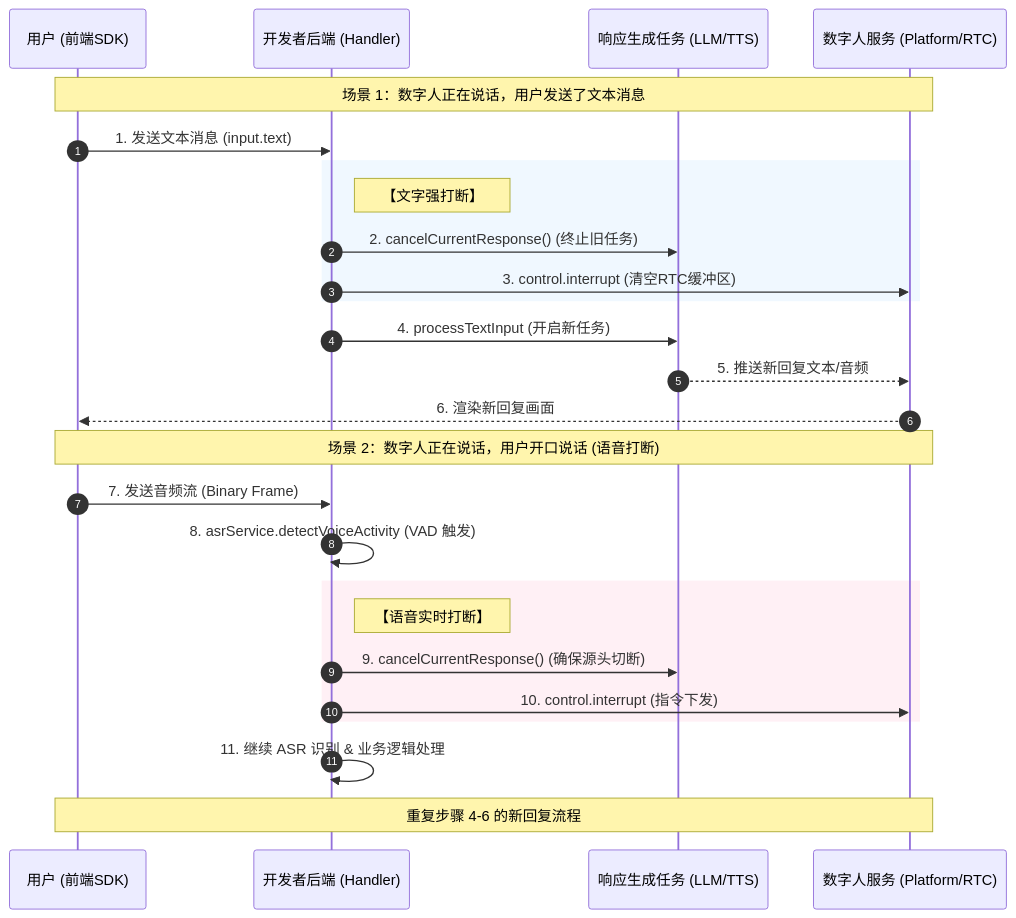
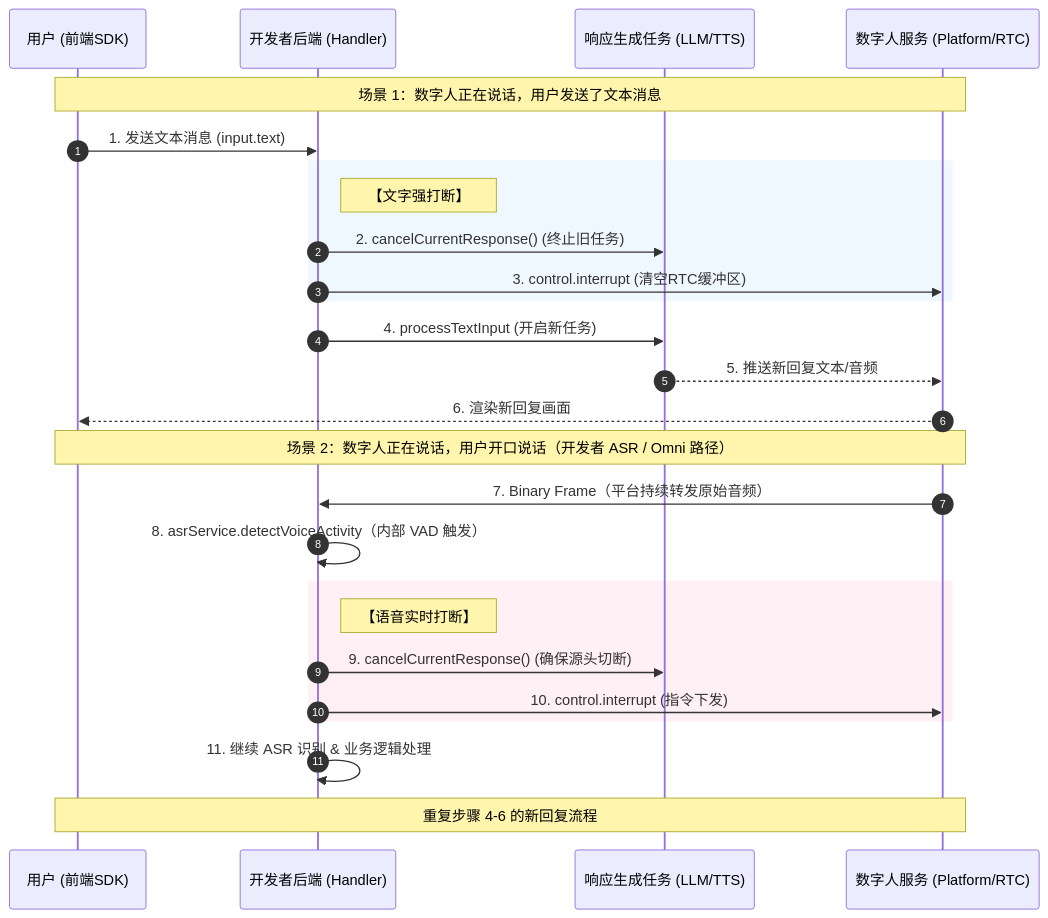
Before and after one commit to newportAI-lab/liveavatar-channel: the third of 3 diagrams in PROTOCOL.zh.md, drawn with Mermaid. The commit also changed other lines of this file and 13 other files, not shown here.

````diff
--- a/PROTOCOL.zh.md
+++ b/PROTOCOL.zh.md
@@ -375,35 +389,35 @@
 ```mermaid
 sequenceDiagram
     autonumber
     participant User as 用户 (前端SDK)
     participant AppServer as 开发者后端 (Handler)
     participant Task as 响应生成任务 (LLM/TTS)
     participant Avatar as 数字人服务 (Platform/RTC)
 
     Note over User, Avatar: 场景 1：数字人正在说话，用户发送了文本消息
     User->>AppServer: 1. 发送文本消息 (input.text)
     
     rect rgb(240, 248, 255)
         Note right of AppServer: 【文字强打断】
         AppServer->>Task: 2. cancelCurrentResponse() (终止旧任务)
         AppServer->>Avatar: 3. control.interrupt (清空RTC缓冲区)
     end
     
     AppServer->>Task: 4. processTextInput (开启新任务)
     Task-->>Avatar: 5. 推送新回复文本/音频
     Avatar-->>User: 6. 渲染新回复画面
 
-    Note over User, Avatar: 场景 2：数字人正在说话，用户开口说话 (语音打断)
-    User->>AppServer: 7. 发送音频流 (Binary Frame)
+    Note over User, Avatar: 场景 2：数字人正在说话，用户开口说话（开发者 ASR / Omni 路径）
+    Avatar->>AppServer: 7. Binary Frame（平台持续转发原始音频）
     
-    AppServer->>AppServer: 8. asrService.detectVoiceActivity (VAD 触发)
+    AppServer->>AppServer: 8. asrService.detectVoiceActivity（内部 VAD 触发）
     
     rect rgb(255, 240, 245)
         Note right of AppServer: 【语音实时打断】
         AppServer->>Task: 9. cancelCurrentResponse() (确保源头切断)
         AppServer->>Avatar: 10. control.interrupt (指令下发)
     end
 
     AppServer->>AppServer: 11. 继续 ASR 识别 & 业务逻辑处理
     Note over User, Avatar: 重复步骤 4-6 的新回复流程
 ```
````
